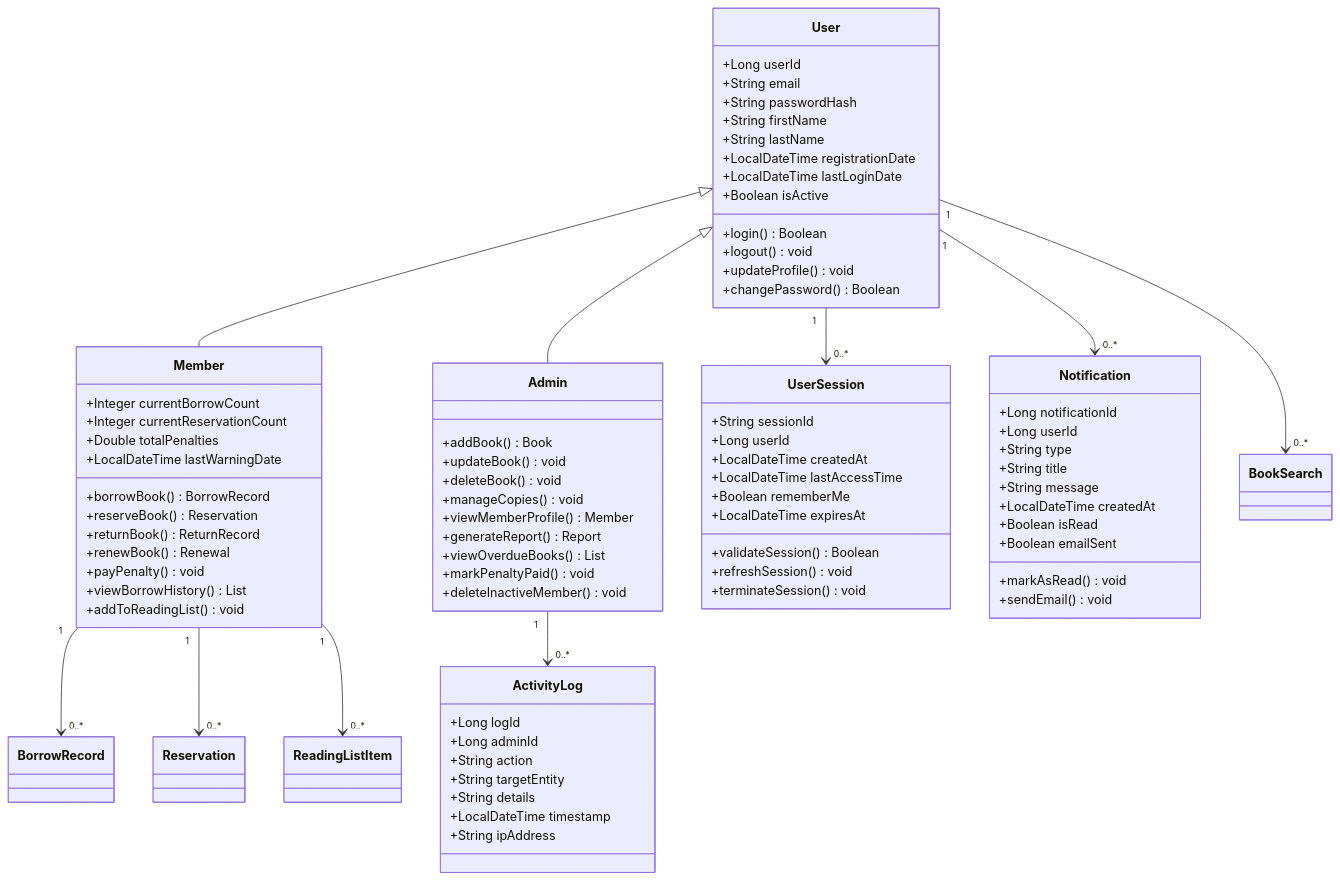
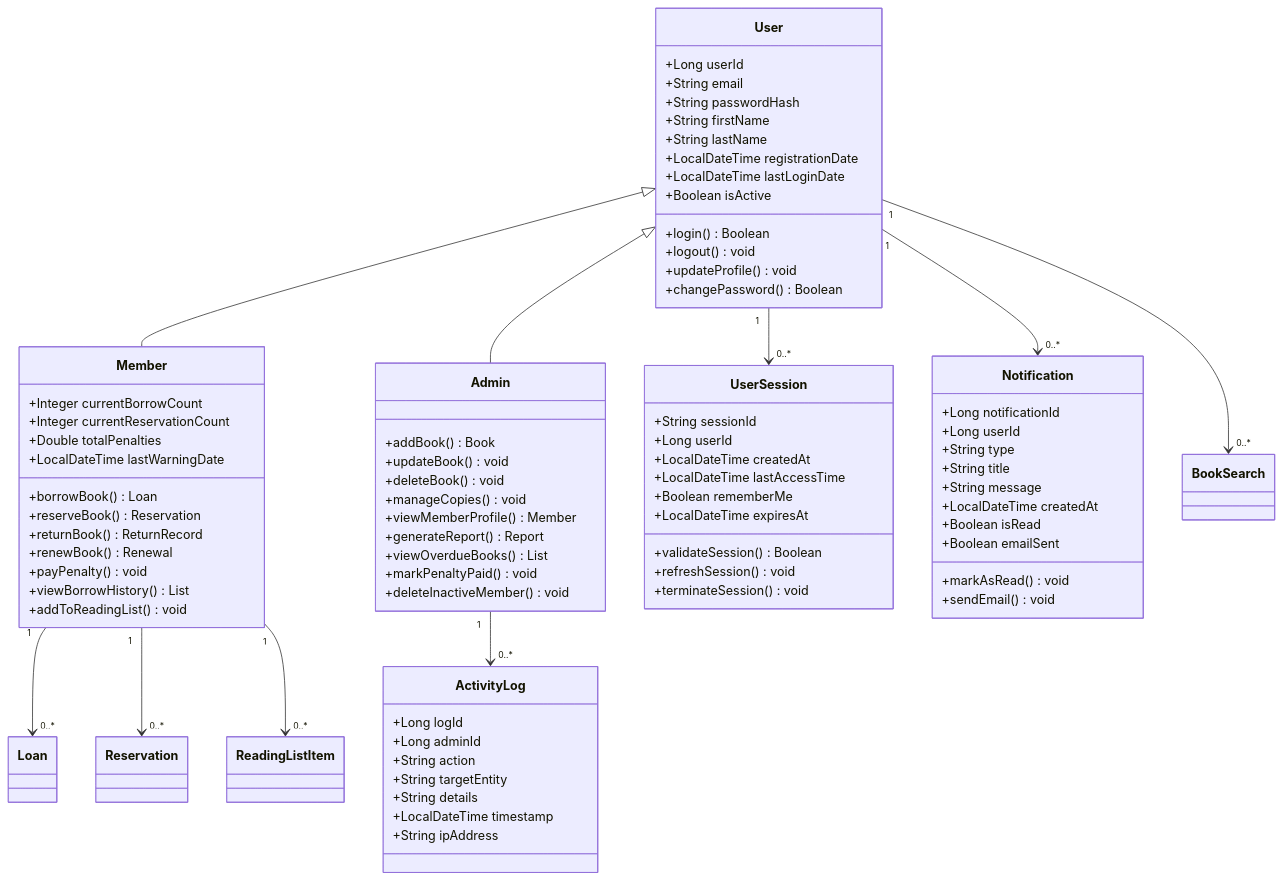
Before and after one commit to cagricakmaktepe/davon-library-system: the diagram in uml-diagrams/01-user-management-class-diagram.mmd, drawn with Mermaid. The commit also changed 4 other files, not shown here.

Commit message:
docs(uml): rename BorrowRecord to Loan across diagrams and design doc for consistency

```diff
--- a/uml-diagrams/01-user-management-class-diagram.mmd
+++ b/uml-diagrams/01-user-management-class-diagram.mmd
@@ -1,86 +1,86 @@
 classDiagram
     class User {
         +Long userId
         +String email
         +String passwordHash
         +String firstName
         +String lastName
         +LocalDateTime registrationDate
         +LocalDateTime lastLoginDate
         +Boolean isActive
         +login() Boolean
         +logout() void
         +updateProfile() void
         +changePassword() Boolean
     }
     
     class Member {
         +Integer currentBorrowCount
         +Integer currentReservationCount
         +Double totalPenalties
         +LocalDateTime lastWarningDate
-        +borrowBook() BorrowRecord
+        +borrowBook() Loan
         +reserveBook() Reservation
         +returnBook() ReturnRecord
         +renewBook() Renewal
         +payPenalty() void
         +viewBorrowHistory() List
         +addToReadingList() void
     }
     
     class Admin {
         +addBook() Book
         +updateBook() void
         +deleteBook() void
         +manageCopies() void
         +viewMemberProfile() Member
         +generateReport() Report
         +viewOverdueBooks() List
         +markPenaltyPaid() void
         +deleteInactiveMember() void
     }
     
     class UserSession {
         +String sessionId
         +Long userId
         +LocalDateTime createdAt
         +LocalDateTime lastAccessTime
         +Boolean rememberMe
         +LocalDateTime expiresAt
         +validateSession() Boolean
         +refreshSession() void
         +terminateSession() void
     }
     
     class Notification {
         +Long notificationId
         +Long userId
         +String type
         +String title
         +String message
         +LocalDateTime createdAt
         +Boolean isRead
         +Boolean emailSent
         +markAsRead() void
         +sendEmail() void
     }
     
     class ActivityLog {
         +Long logId
         +Long adminId
         +String action
         +String targetEntity
         +String details
         +LocalDateTime timestamp
         +String ipAddress
     }
     
     User <|-- Member
     User <|-- Admin
     User "1" --> "0..*" UserSession
     User "1" --> "0..*" Notification
     Admin "1" --> "0..*" ActivityLog
-    Member "1" --> "0..*" BorrowRecord
+    Member "1" --> "0..*" Loan
     Member "1" --> "0..*" Reservation
     Member "1" --> "0..*" ReadingListItem
     User "1" --> "0..*" BookSearch
```
